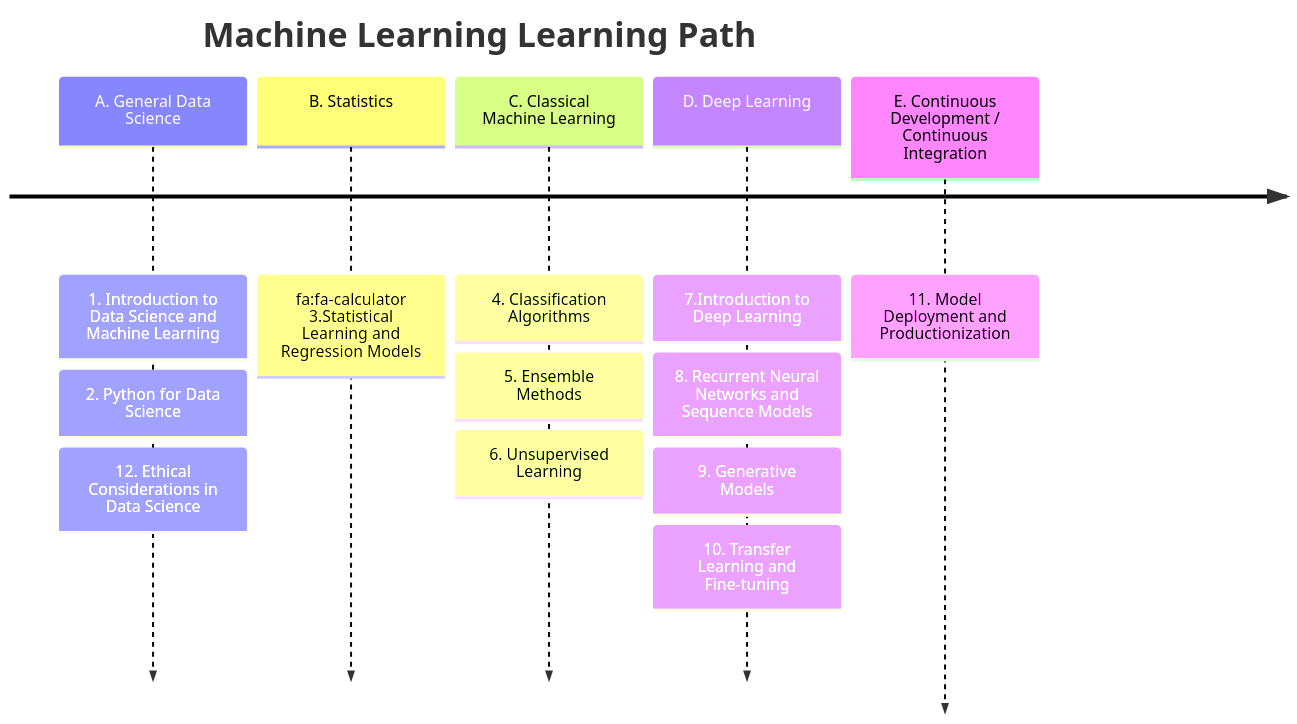
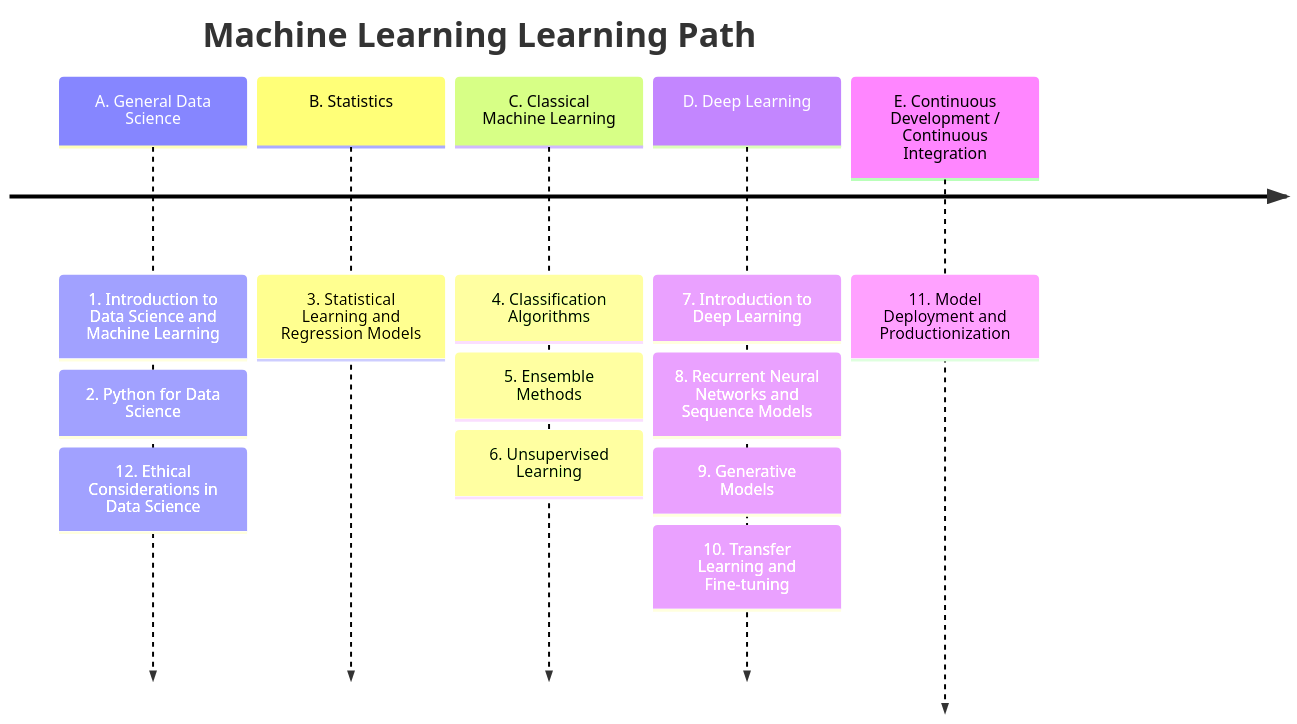
The first of 2 diagrams in docs/mlpaths.md (ua-datalab/ua-datalab.github.io), drawn with Mermaid before and after one commit.

````diff
--- a/docs/mlpaths.md
+++ b/docs/mlpaths.md
@@ -6,17 +6,17 @@
 ```mermaid
 timeline
     title Machine Learning Learning Path
     A. General Data Science : 1. Introduction to Data Science and Machine Learning
     	    	 	     : 2. Python for Data Science
 			     : 12. Ethical Considerations in Data Science
-    B. Statistics : fa:fa-calculator 3.Statistical Learning and Regression Models
+    B. Statistics : 3. Statistical Learning and Regression Models
     C. Classical Machine Learning : 4. Classification Algorithms
 				 : 5. Ensemble Methods
 				 : 6. Unsupervised Learning
-    D. Deep Learning : 7.Introduction to Deep Learning
+    D. Deep Learning : 7. Introduction to Deep Learning
     	   	    : 8. Recurrent Neural Networks and Sequence Models
 		    : 9. Generative Models
 		    : 10. Transfer Learning and Fine-tuning
     E. Continuous Development / Continuous Integration  : 11. Model Deployment and Productionization
 
 ```
````
